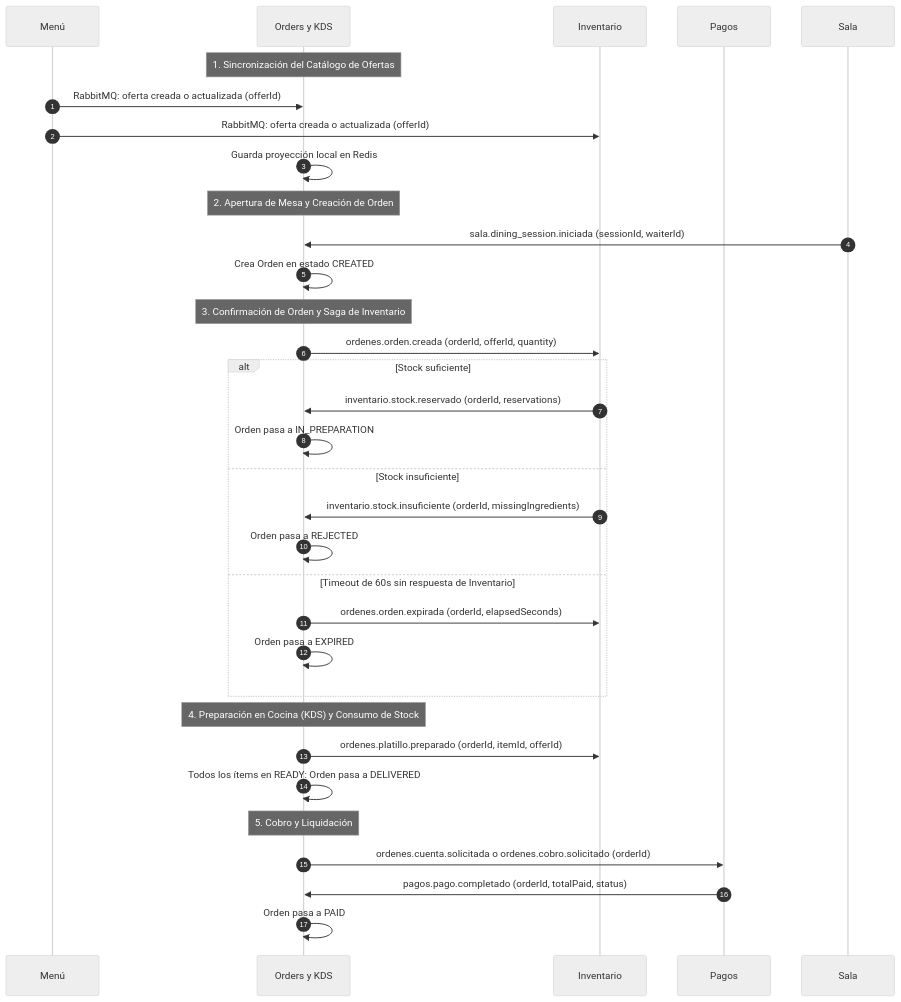
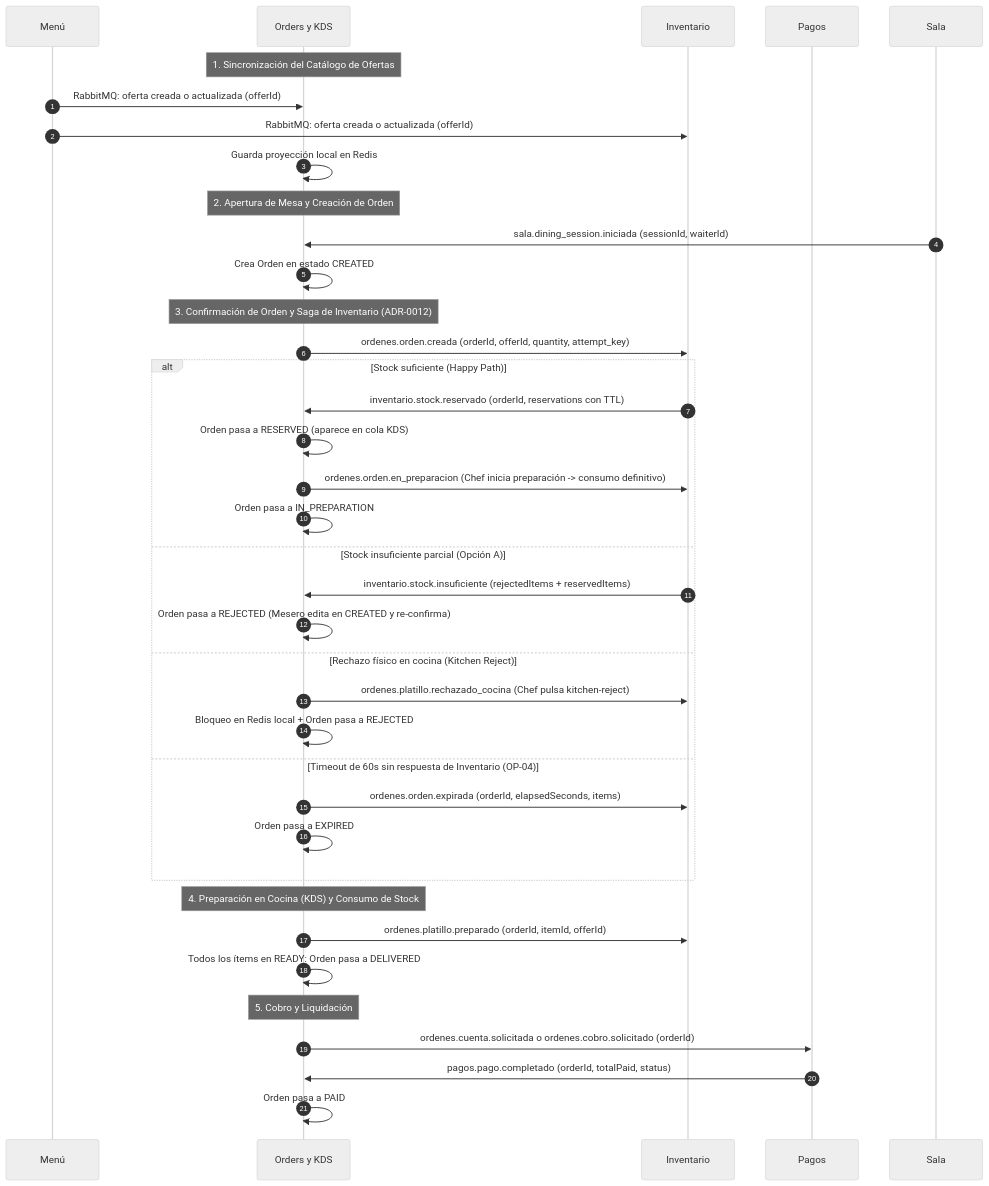
Before and after one commit to FMAT-Restaurant/OrdersKDS-Backend: the diagram in docs/CONTRATOS_MENSAJERIA_INTER_MICROSERVICIOS.md, drawn with Mermaid (neutral theme). The commit also changed 41 other files, not shown here.

First line of the commit message:
feat(orders): refactor order lifecycle with RESERVED state, KDS preparation start, and partial stock handling (#115)

````diff
--- a/docs/CONTRATOS_MENSAJERIA_INTER_MICROSERVICIOS.md
+++ b/docs/CONTRATOS_MENSAJERIA_INTER_MICROSERVICIOS.md
@@ -40,40 +40,45 @@
 ```mermaid
 sequenceDiagram
     autonumber
     participant Menu as Menú
     participant Orders as Orders y KDS
     participant Inv as Inventario
     participant Pay as Pagos
     participant Floor as Sala
 
     Note over Orders: 1. Sincronización del Catálogo de Ofertas
     Menu->>Orders: RabbitMQ: oferta creada o actualizada (offerId)
     Menu->>Inv: RabbitMQ: oferta creada o actualizada (offerId)
     Orders->>Orders: Guarda proyección local en Redis
 
     Note over Orders: 2. Apertura de Mesa y Creación de Orden
     Floor->>Orders: sala.dining_session.iniciada (sessionId, waiterId)
     Orders->>Orders: Crea Orden en estado CREATED
 
-    Note over Orders: 3. Confirmación de Orden y Saga de Inventario
-    Orders->>Inv: ordenes.orden.creada (orderId, offerId, quantity)
-    alt Stock suficiente
-        Inv->>Orders: inventario.stock.reservado (orderId, reservations)
+    Note over Orders: 3. Confirmación de Orden y Saga de Inventario (ADR-0012)
+    Orders->>Inv: ordenes.orden.creada (orderId, offerId, quantity, attempt_key)
+    alt Stock suficiente (Happy Path)
+        Inv->>Orders: inventario.stock.reservado (orderId, reservations con TTL)
+        Orders->>Orders: Orden pasa a RESERVED (aparece en cola KDS)
+        Orders->>Inv: ordenes.orden.en_preparacion (Chef inicia preparación -> consumo definitivo)
         Orders->>Orders: Orden pasa a IN_PREPARATION
-    else Stock insuficiente
-        Inv->>Orders: inventario.stock.insuficiente (orderId, missingIngredients)
-        Orders->>Orders: Orden pasa a REJECTED
-    else Timeout de 60s sin respuesta de Inventario
-        Orders->>Inv: ordenes.orden.expirada (orderId, elapsedSeconds)
+    else Stock insuficiente parcial (Opción A)
+        Inv->>Orders: inventario.stock.insuficiente (rejectedItems + reservedItems)
+        Orders->>Orders: Orden pasa a REJECTED (Mesero edita en CREATED y re-confirma)
+    else Rechazo físico en cocina (Kitchen Reject)
+        Orders->>Inv: ordenes.platillo.rechazado_cocina (Chef pulsa kitchen-reject)
+        Orders->>Orders: Bloqueo en Redis local + Orden pasa a REJECTED
+    else Timeout de 60s sin respuesta de Inventario (OP-04)
+        Orders->>Inv: ordenes.orden.expirada (orderId, elapsedSeconds, items)
         Orders->>Orders: Orden pasa a EXPIRED
     end
 
     Note over Orders: 4. Preparación en Cocina (KDS) y Consumo de Stock
     Orders->>Inv: ordenes.platillo.preparado (orderId, itemId, offerId)
     Orders->>Orders: Todos los ítems en READY: Orden pasa a DELIVERED
 
     Note over Orders: 5. Cobro y Liquidación
     Orders->>Pay: ordenes.cuenta.solicitada o ordenes.cobro.solicitado (orderId)
     Pay->>Orders: pagos.pago.completado (orderId, totalPaid, status)
     Orders->>Orders: Orden pasa a PAID
 ```
````
